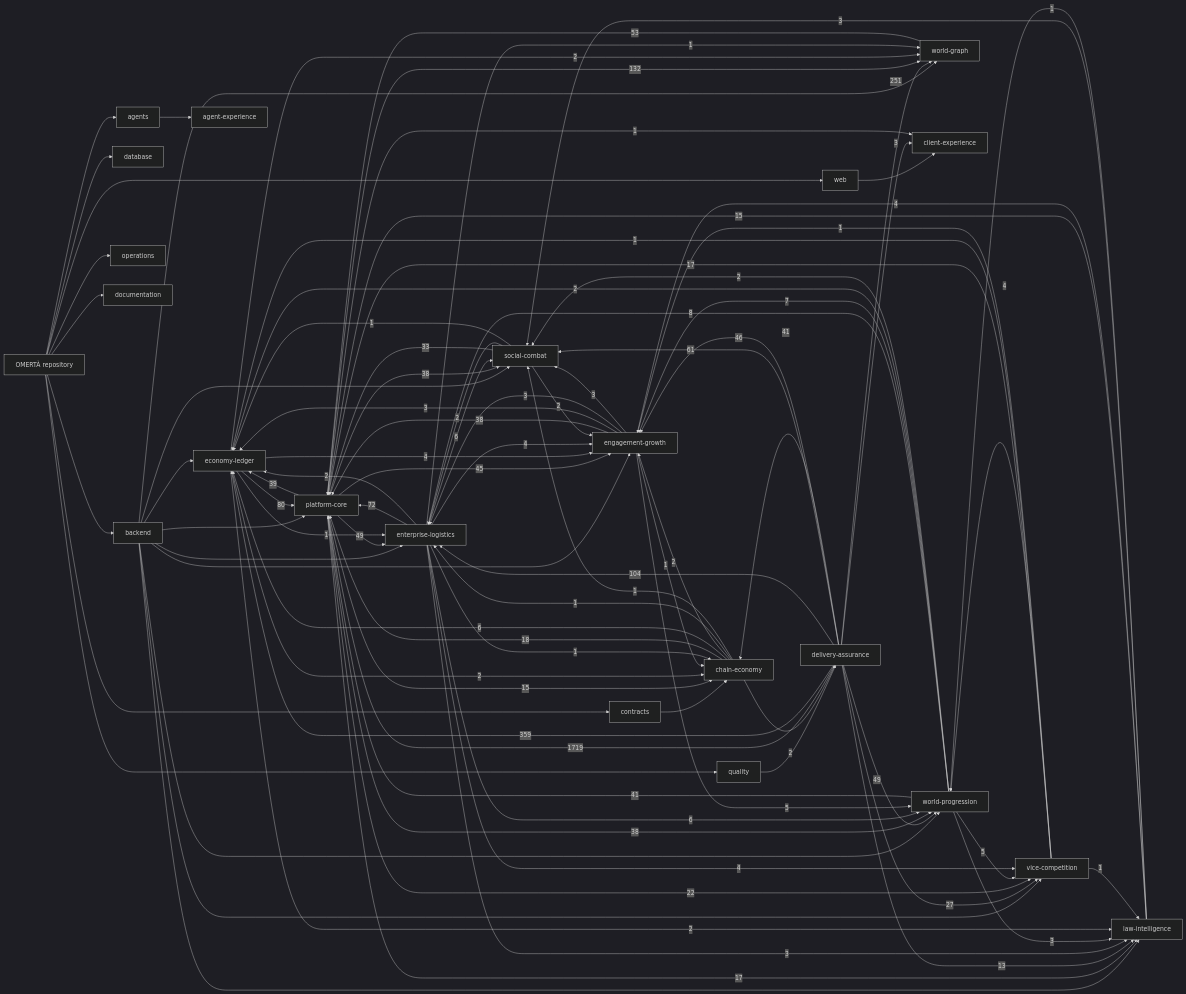
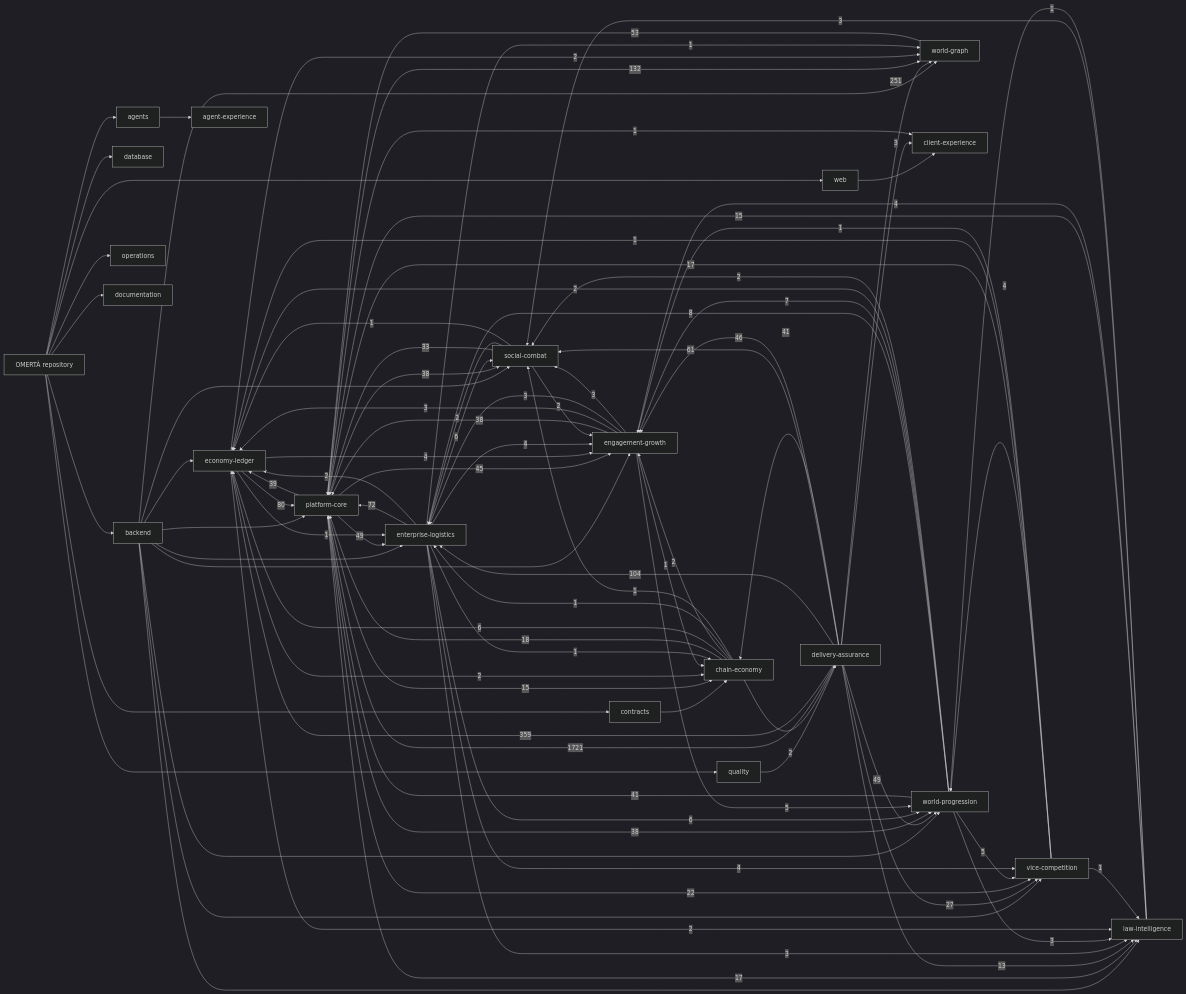
The diagram in knowledge/generated/graph.mmd (OmertaDev/Omerta), drawn with Mermaid (dark theme) before and after one commit. The commit also changed 5 other files, not shown here.

```diff
--- a/knowledge/generated/graph.mmd
+++ b/knowledge/generated/graph.mmd
@@ -1,113 +1,113 @@
 flowchart LR
   repo["OMERTÀ repository"]
   sub_backend["backend"]
   repo --> sub_backend
   sub_database["database"]
   repo --> sub_database
   sub_web["web"]
   repo --> sub_web
   sub_contracts["contracts"]
   repo --> sub_contracts
   sub_agents["agents"]
   repo --> sub_agents
   sub_quality["quality"]
   repo --> sub_quality
   sub_operations["operations"]
   repo --> sub_operations
   sub_documentation["documentation"]
   repo --> sub_documentation
   dom_platform-core["platform-core"]
   dom_economy-ledger["economy-ledger"]
   dom_social-combat["social-combat"]
   dom_world-progression["world-progression"]
   dom_world-graph["world-graph"]
   dom_enterprise-logistics["enterprise-logistics"]
   dom_vice-competition["vice-competition"]
   dom_law-intelligence["law-intelligence"]
   dom_chain-economy["chain-economy"]
   dom_engagement-growth["engagement-growth"]
   dom_client-experience["client-experience"]
   dom_agent-experience["agent-experience"]
   dom_delivery-assurance["delivery-assurance"]
   sub_agents --> dom_agent-experience
   sub_backend --> dom_economy-ledger
   sub_backend --> dom_engagement-growth
   sub_backend --> dom_enterprise-logistics
   sub_backend --> dom_law-intelligence
   sub_backend --> dom_platform-core
   sub_backend --> dom_social-combat
   sub_backend --> dom_vice-competition
   sub_backend --> dom_world-graph
   sub_backend --> dom_world-progression
   sub_contracts --> dom_chain-economy
   sub_quality --> dom_delivery-assurance
   sub_web --> dom_client-experience
-  dom_delivery-assurance -->|1719| dom_platform-core
+  dom_delivery-assurance -->|1721| dom_platform-core
   dom_delivery-assurance -->|359| dom_economy-ledger
   dom_delivery-assurance -->|251| dom_world-graph
   dom_platform-core -->|132| dom_world-graph
   dom_delivery-assurance -->|104| dom_enterprise-logistics
   dom_economy-ledger -->|80| dom_platform-core
   dom_enterprise-logistics -->|72| dom_platform-core
   dom_delivery-assurance -->|61| dom_social-combat
   dom_world-graph -->|53| dom_platform-core
   dom_delivery-assurance -->|49| dom_world-progression
   dom_platform-core -->|49| dom_enterprise-logistics
   dom_delivery-assurance -->|46| dom_engagement-growth
   dom_platform-core -->|45| dom_engagement-growth
   dom_delivery-assurance -->|41| dom_chain-economy
   dom_world-progression -->|41| dom_platform-core
   dom_platform-core -->|39| dom_economy-ledger
   dom_engagement-growth -->|38| dom_platform-core
   dom_platform-core -->|38| dom_social-combat
   dom_platform-core -->|38| dom_world-progression
   dom_social-combat -->|33| dom_platform-core
   dom_delivery-assurance -->|27| dom_vice-competition
   dom_platform-core -->|22| dom_vice-competition
   dom_chain-economy -->|18| dom_platform-core
   dom_platform-core -->|17| dom_law-intelligence
   dom_vice-competition -->|17| dom_platform-core
   dom_law-intelligence -->|15| dom_platform-core
   dom_platform-core -->|15| dom_chain-economy
   dom_delivery-assurance -->|13| dom_law-intelligence
   dom_world-progression -->|8| dom_enterprise-logistics
   dom_world-progression -->|7| dom_engagement-growth
   dom_chain-economy -->|6| dom_economy-ledger
   dom_enterprise-logistics -->|6| dom_social-combat
   dom_enterprise-logistics -->|6| dom_world-progression
   dom_engagement-growth -->|5| dom_world-progression
   dom_world-progression -->|5| dom_vice-competition
   dom_economy-ledger -->|4| dom_engagement-growth
   dom_enterprise-logistics -->|4| dom_engagement-growth
   dom_enterprise-logistics -->|4| dom_vice-competition
   dom_law-intelligence -->|4| dom_engagement-growth
   dom_vice-competition -->|4| dom_world-progression
   dom_delivery-assurance -->|3| dom_client-experience
   dom_engagement-growth -->|3| dom_economy-ledger
   dom_engagement-growth -->|3| dom_enterprise-logistics
   dom_engagement-growth -->|3| dom_social-combat
   dom_enterprise-logistics -->|3| dom_law-intelligence
   dom_law-intelligence -->|3| dom_social-combat
   dom_world-progression -->|3| dom_law-intelligence
   dom_chain-economy -->|2| dom_delivery-assurance
   dom_chain-economy -->|2| dom_engagement-growth
   dom_economy-ledger -->|2| dom_chain-economy
   dom_economy-ledger -->|2| dom_law-intelligence
   dom_economy-ledger -->|2| dom_world-graph
   dom_enterprise-logistics -->|2| dom_economy-ledger
   dom_social-combat -->|2| dom_engagement-growth
   dom_social-combat -->|2| dom_enterprise-logistics
   dom_world-progression -->|2| dom_economy-ledger
   dom_world-progression -->|2| dom_social-combat
   dom_chain-economy -->|1| dom_enterprise-logistics
   dom_chain-economy -->|1| dom_social-combat
   dom_economy-ledger -->|1| dom_enterprise-logistics
   dom_engagement-growth -->|1| dom_chain-economy
   dom_enterprise-logistics -->|1| dom_chain-economy
   dom_enterprise-logistics -->|1| dom_world-graph
   dom_law-intelligence -->|1| dom_world-progression
   dom_platform-core -->|1| dom_client-experience
   dom_social-combat -->|1| dom_economy-ledger
   dom_vice-competition -->|1| dom_economy-ledger
   dom_vice-competition -->|1| dom_engagement-growth
   dom_vice-competition -->|1| dom_law-intelligence
```
